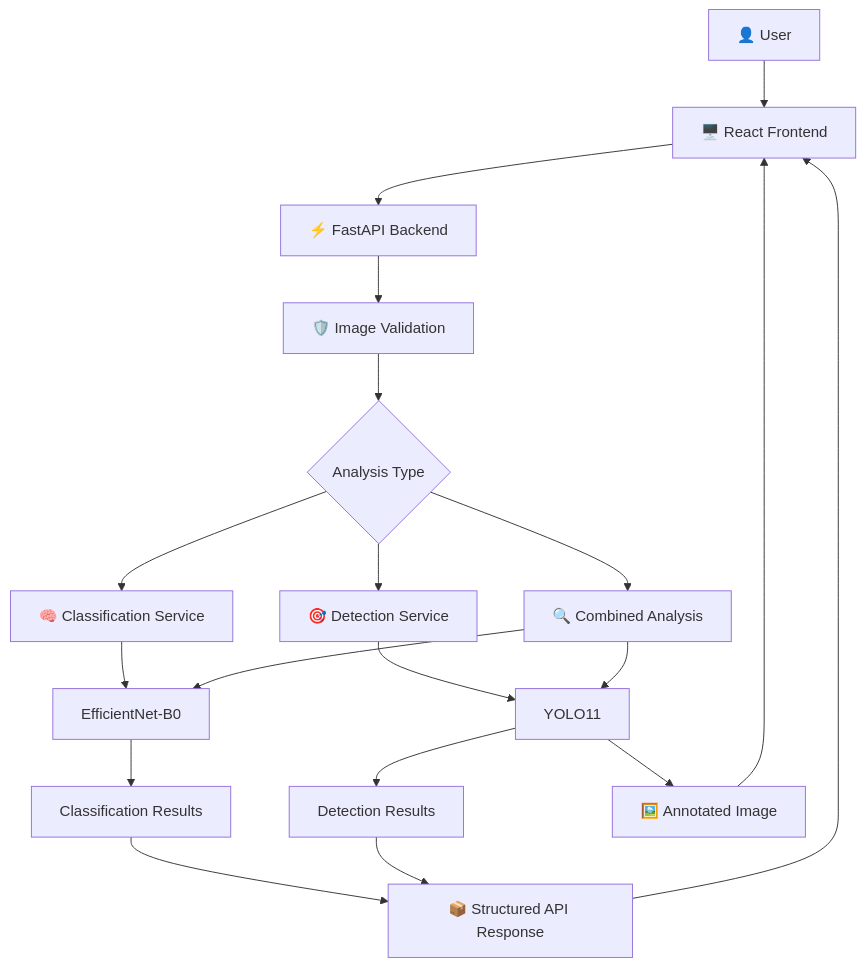
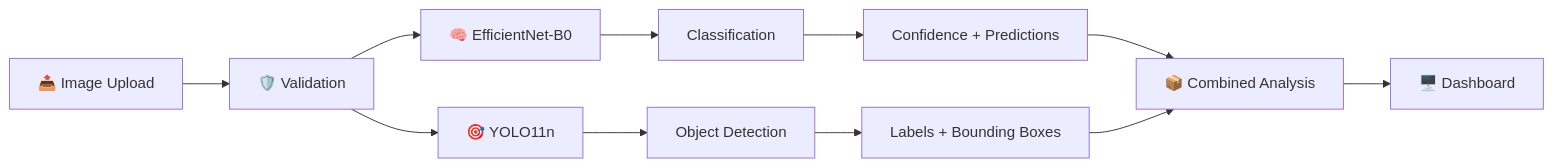
Before and after one commit to Debankumardas/AI-Visual-Intelligence-API: the first of 6 diagrams in README.md, drawn with Mermaid. The commit also changed other lines of this file, not shown here.

````diff
--- a/README.md
+++ b/README.md
@@ -96,32 +129,19 @@
 ```mermaid
-flowchart TB
+flowchart LR
 
-    U[👤 User] --> FE[🖥️ React Frontend]
+    A[📤 Image Upload] --> B[🛡️ Validation]
 
-    FE --> API[⚡ FastAPI Backend]
+    B --> C[🧠 EfficientNet-B0]
+    B --> D[🎯 YOLO11n]
 
-    API --> V[🛡️ Image Validation]
+    C --> E[Classification]
+    D --> F[Object Detection]
 
-    V --> ROUTER{Analysis Type}
+    E --> G[Confidence + Predictions]
+    F --> H[Labels + Bounding Boxes]
 
-    ROUTER --> CLS[🧠 Classification Service]
-    ROUTER --> DET[🎯 Detection Service]
-    ROUTER --> BOTH[🔍 Combined Analysis]
+    G --> I[📦 Combined Analysis]
+    H --> I
 
-    CLS --> EN[EfficientNet-B0]
-    DET --> YOLO[YOLO11]
-
-    BOTH --> EN
-    BOTH --> YOLO
-
-    EN --> CR[Classification Results]
-    YOLO --> DR[Detection Results]
-
-    CR --> RES[📦 Structured API Response]
-    DR --> RES
-
-    YOLO --> ANN[🖼️ Annotated Image]
-
-    RES --> FE
-    ANN --> FE
+    I --> J[🖥️ Dashboard]
 ```
````
